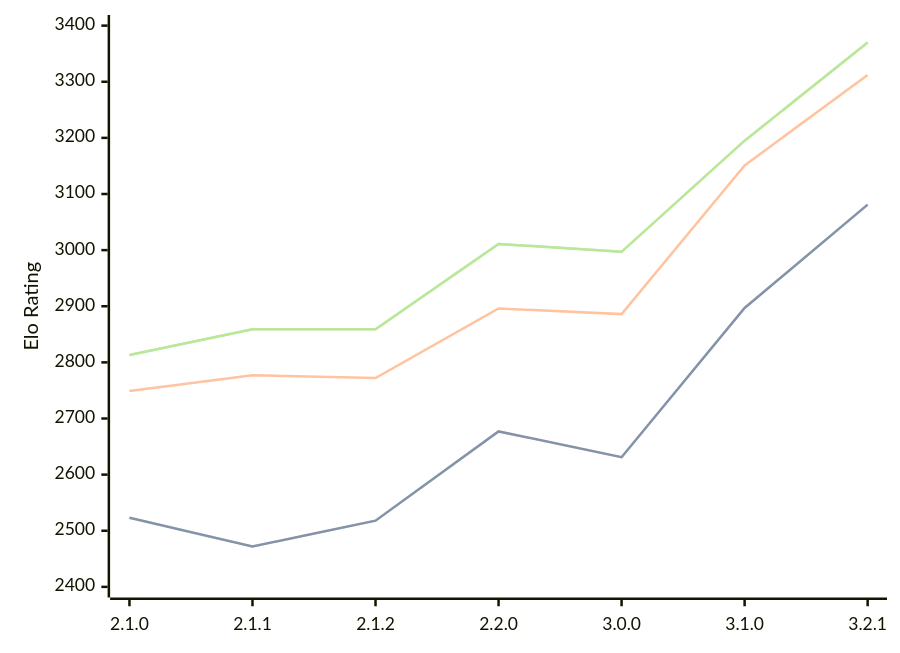
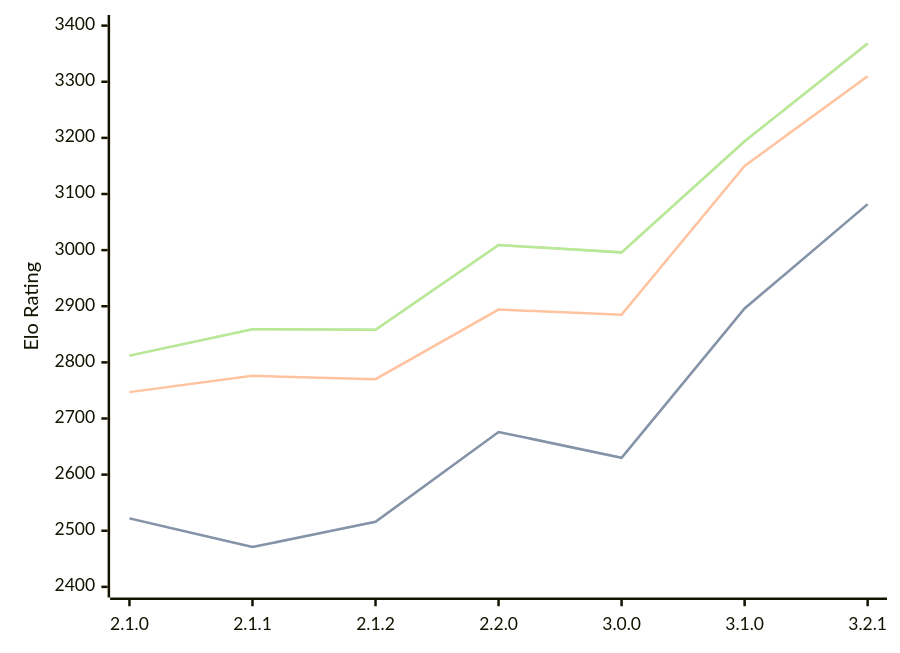
One commit to computer-chess-index/cci changed the diagram in engines/Prune.md. Above: the diagram before and after it, drawn with Mermaid. The commit also changed other lines of this file, not shown here.

Commit message:
Update CCI Ratings (ELO VLTC) - 2026-06-07

````diff
--- a/engines/Prune.md
+++ b/engines/Prune.md
@@ -42,11 +42,11 @@
 ```mermaid
 %%{init: {"theme":"base","themeVariables":{"seriesColors:['#a3a3a3','#222221','#faa371']}}}%%
 xychart-beta
   x-axis ["2.1.0", "2.1.1", "2.1.2", "2.2.0", "3.0.0", "3.1.0", "3.2.1"]
   y-axis "Elo Rating" 2400 --> 3400
-  line "STC (8.0+0.08s)" [2523, 2472, 2518, 2677, 2631, 2897, 3081]
-  line "STC (8.0+0.08s)" [2523, 2472, 2518, 2677, 2631, 2897, 3081]
-  line "LTC (60.0+0.60s)" [2749, 2777, 2772, 2896, 2886, 3151, 3312]
-  line "VLTC (2m24s+1.12s)" [2813, 2859, 2859, 3011, 2997, 3195, 3370]
-  line "VLTC (2m24s+1.12s)" [2813, 2859, 2859, 3011, 2997, 3195, 3370]
+  line "STC (8.0+0.08s)" [2522, 2471, 2516, 2676, 2630, 2896, 3082]
+  line "STC (8.0+0.08s)" [2522, 2471, 2516, 2676, 2630, 2896, 3082]
+  line "LTC (60.0+0.60s)" [2747, 2776, 2770, 2894, 2885, 3150, 3310]
+  line "VLTC (2m24s+1.12s)" [2812, 2859, 2858, 3009, 2996, 3194, 3368]
+  line "VLTC (2m24s+1.12s)" [2812, 2859, 2858, 3009, 2996, 3194, 3368]
 ```
````
